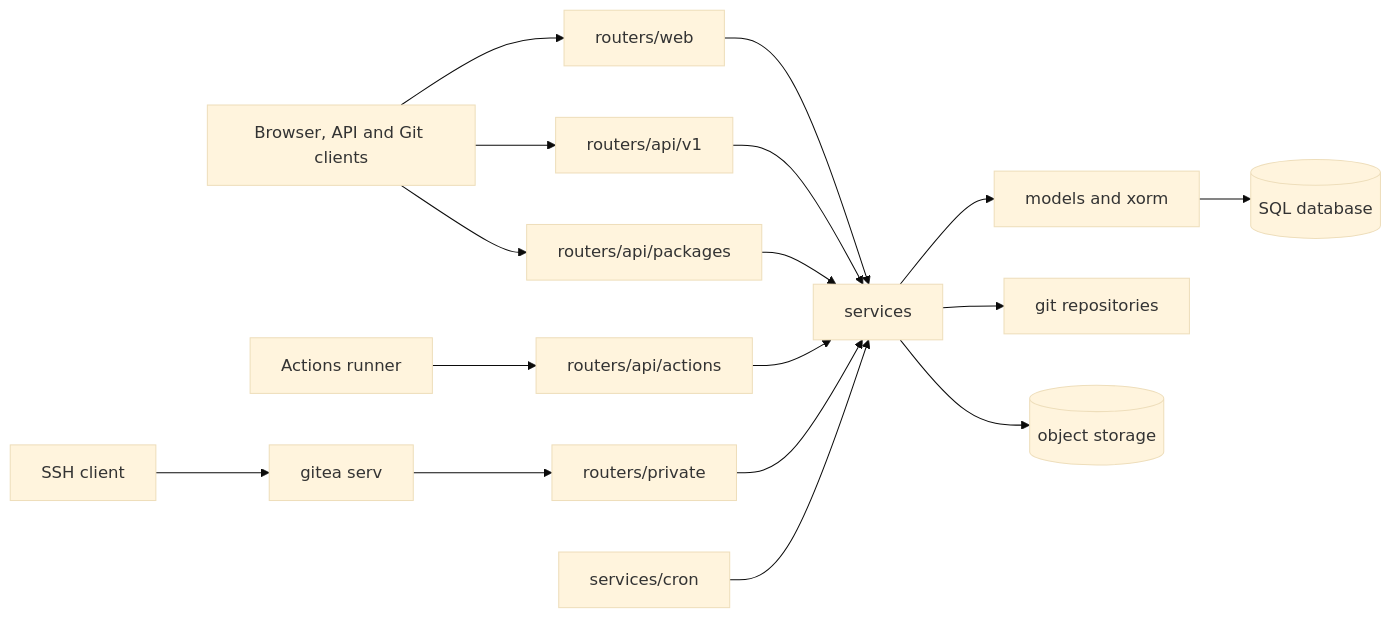
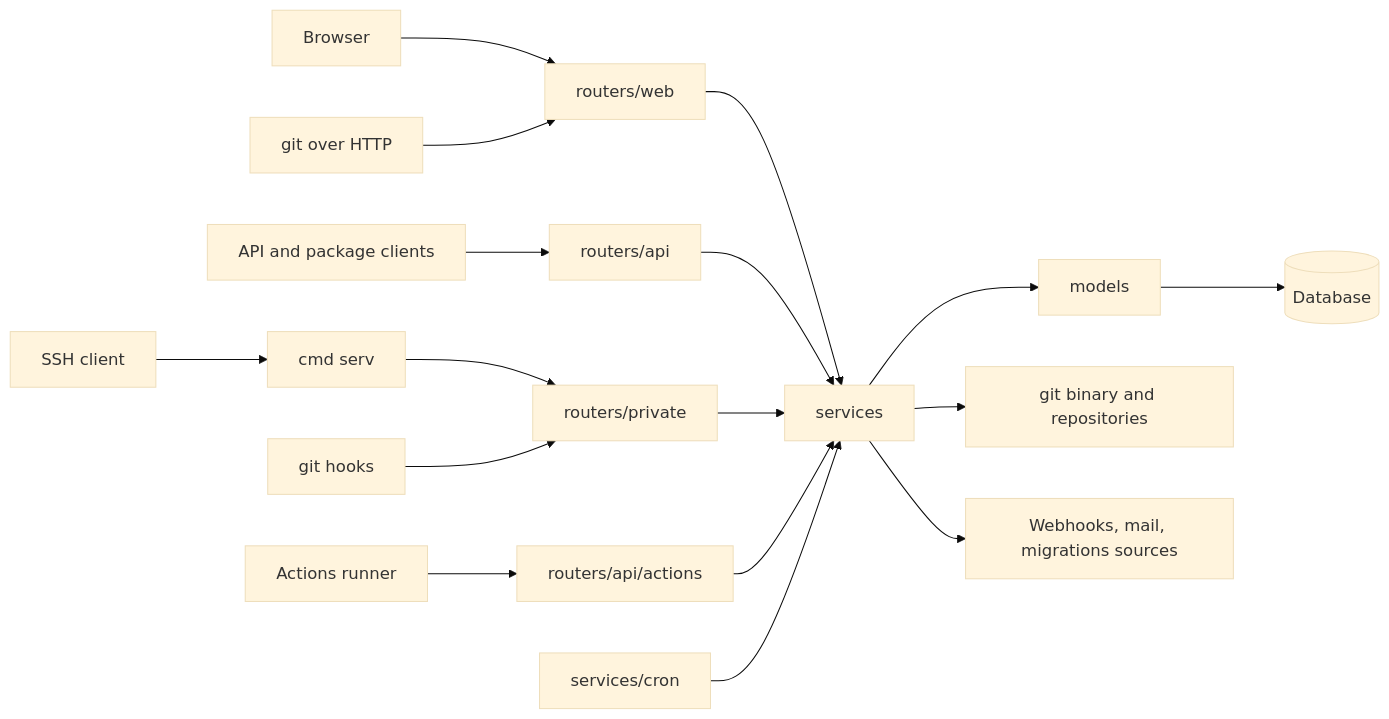
The first of 5 diagrams in examples/current/gitea/application-documentation.md (HeWhoRoams/AppDoc), drawn with Mermaid (base theme) before and after one commit. The commit also changed other lines of this file and 64 other files, not shown here.

````diff
--- a/examples/current/gitea/application-documentation.md
+++ b/examples/current/gitea/application-documentation.md
@@ -100,18 +102,19 @@
 ```mermaid
 flowchart LR
-  Client[Browser, API and Git clients] --> Web[routers/web]
-  Client --> API[routers/api/v1]
-  Client --> Pkg[routers/api/packages]
-  Runner[Actions runner] --> Act[routers/api/actions]
-  SSH[SSH client] --> Serv[gitea serv] --> Priv[routers/private]
-  Web --> Svc[services]
-  API --> Svc
-  Pkg --> Svc
-  Act --> Svc
-  Priv --> Svc
-  Svc --> Models[models and xorm]
-  Svc --> Git[git repositories]
-  Models --> DB[(SQL database)]
-  Svc --> Store[(object storage)]
-  Cron[services/cron] --> Svc
+  Browser[Browser] --> Web[routers/web]
+  Client[API and package clients] --> API[routers/api]
+  GitClient[git over HTTP] --> Web
+  SSH[SSH client] --> Serv[cmd serv]
+  Serv --> Internal[routers/private]
+  Hooks[git hooks] --> Internal
+  Runner[Actions runner] --> ActionsAPI[routers/api/actions]
+  Web --> Services[services]
+  API --> Services
+  Internal --> Services
+  ActionsAPI --> Services
+  Services --> Models[models]
+  Models --> DB[(Database)]
+  Services --> Git[git binary and repositories]
+  Services --> Ext[Webhooks, mail, migrations sources]
+  Cron[services/cron] --> Services
 ```
````
